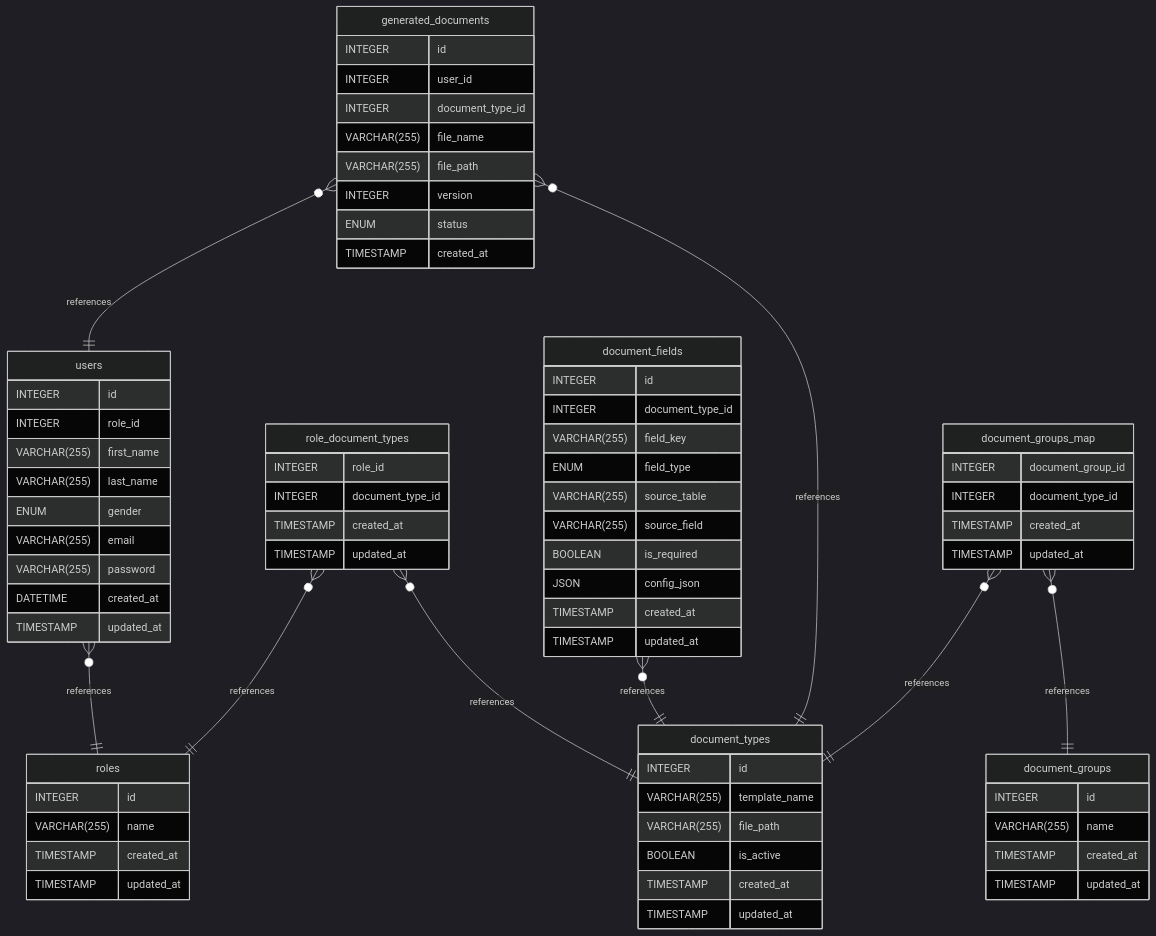
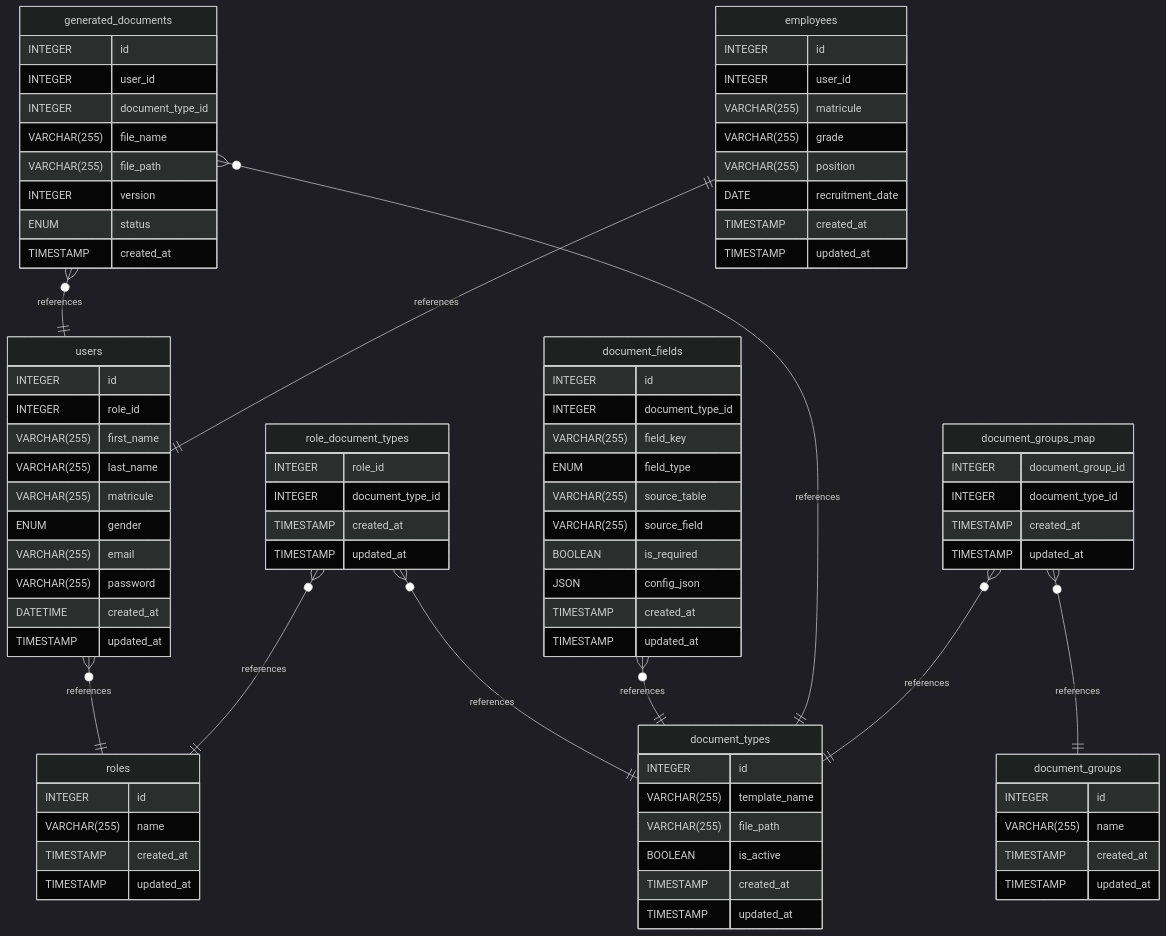
The diagram in backend/database/README.md (nzrrs/CMC-DMS), drawn with Mermaid (dark theme) before and after one commit. The commit also changed other lines of this file, not shown here.

````diff
--- a/backend/database/README.md
+++ b/backend/database/README.md
@@ -221,84 +229,89 @@
 ```mermaid
 erDiagram
-	users }o--|| roles : references
-	role_document_types }o--|| roles : references
-	role_document_types }o--|| document_types : references
-	document_fields }o--|| document_types : references
-	generated_documents }o--|| document_types : references
-	document_groups_map }o--|| document_types : references
-	generated_documents }o--|| users : references
-	document_groups_map }o--|| document_groups : references
+    users }o--|| roles : references
+    role_document_types }o--|| roles : references
+    role_document_types }o--|| document_types : references
+    document_fields }o--|| document_types : references
+    generated_documents }o--|| document_types : references
+    document_groups_map }o--|| document_types : references
+    generated_documents }o--|| users : references
+    document_groups_map }o--|| document_groups : references
+    employees ||--|| users : references
 
-	document_types {
-		INTEGER id
-		VARCHAR(255) template_name
-		VARCHAR(255) file_path
-		BOOLEAN is_active
-		TIMESTAMP created_at
-		TIMESTAMP updated_at
-	}
-
-	document_groups {
-		INTEGER id
-		VARCHAR(255) name
-		TIMESTAMP created_at
-		TIMESTAMP updated_at
-	}
-
-	document_groups_map {
-		INTEGER document_group_id
-		INTEGER document_type_id
-		TIMESTAMP created_at
-		TIMESTAMP updated_at
-	}
-
-	document_fields {
-		INTEGER id
-		INTEGER document_type_id
-		VARCHAR(255) field_key
-		ENUM field_type
-		VARCHAR(255) source_table
-		VARCHAR(255) source_field
-		BOOLEAN is_required
-		JSON config_json
-		TIMESTAMP created_at
-		TIMESTAMP updated_at
-	}
-
-	generated_documents {
-		INTEGER id
-		INTEGER user_id
-		INTEGER document_type_id
-		VARCHAR(255) file_name
-		VARCHAR(255) file_path
-		INTEGER version
-		ENUM status
-		TIMESTAMP created_at
-	}
-
-	users {
-		INTEGER id
-		INTEGER role_id
-		VARCHAR(255) first_name
-		VARCHAR(255) last_name
-		ENUM gender
-		VARCHAR(255) email
-		VARCHAR(255) password
-		DATETIME created_at
-		TIMESTAMP updated_at
-	}
-
-	role_document_types {
-		INTEGER role_id
-		INTEGER document_type_id
-		TIMESTAMP created_at
-		TIMESTAMP updated_at
-	}
-
-	roles {
-		INTEGER id
-		VARCHAR(255) name
-		TIMESTAMP created_at
-		TIMESTAMP updated_at
-	}
+    document_types {
+        INTEGER id
+        VARCHAR(255) template_name
+        VARCHAR(255) file_path
+        BOOLEAN is_active
+        TIMESTAMP created_at
+        TIMESTAMP updated_at
+    }
+    document_groups {
+        INTEGER id
+        VARCHAR(255) name
+        TIMESTAMP created_at
+        TIMESTAMP updated_at
+    }
+    document_groups_map {
+        INTEGER document_group_id
+        INTEGER document_type_id
+        TIMESTAMP created_at
+        TIMESTAMP updated_at
+    }
+    document_fields {
+        INTEGER id
+        INTEGER document_type_id
+        VARCHAR(255) field_key
+        ENUM field_type
+        VARCHAR(255) source_table
+        VARCHAR(255) source_field
+        BOOLEAN is_required
+        JSON config_json
+        TIMESTAMP created_at
+        TIMESTAMP updated_at
+    }
+    generated_documents {
+        INTEGER id
+        INTEGER user_id
+        INTEGER document_type_id
+        VARCHAR(255) file_name
+        VARCHAR(255) file_path
+        INTEGER version
+        ENUM status
+        TIMESTAMP created_at
+    }
+    users {
+        INTEGER id
+        INTEGER role_id
+        VARCHAR(255) first_name
+        VARCHAR(255) last_name
+        VARCHAR(255) matricule
+        ENUM gender
+        VARCHAR(255) email
+        VARCHAR(255) password
+        DATETIME created_at
+        TIMESTAMP updated_at
+    }
+    role_document_types {
+        INTEGER role_id
+        INTEGER document_type_id
+        TIMESTAMP created_at
+        TIMESTAMP updated_at
+    }
+    roles {
+        INTEGER id
+        VARCHAR(255) name
+        TIMESTAMP created_at
+        TIMESTAMP updated_at
+    }
+    employees {
+        INTEGER id
+        INTEGER user_id
+        VARCHAR(255) matricule
+        VARCHAR(255) grade
+        VARCHAR(255) position
+        DATE recruitment_date
+        TIMESTAMP created_at
+        TIMESTAMP updated_at
+    }
 ```
````
